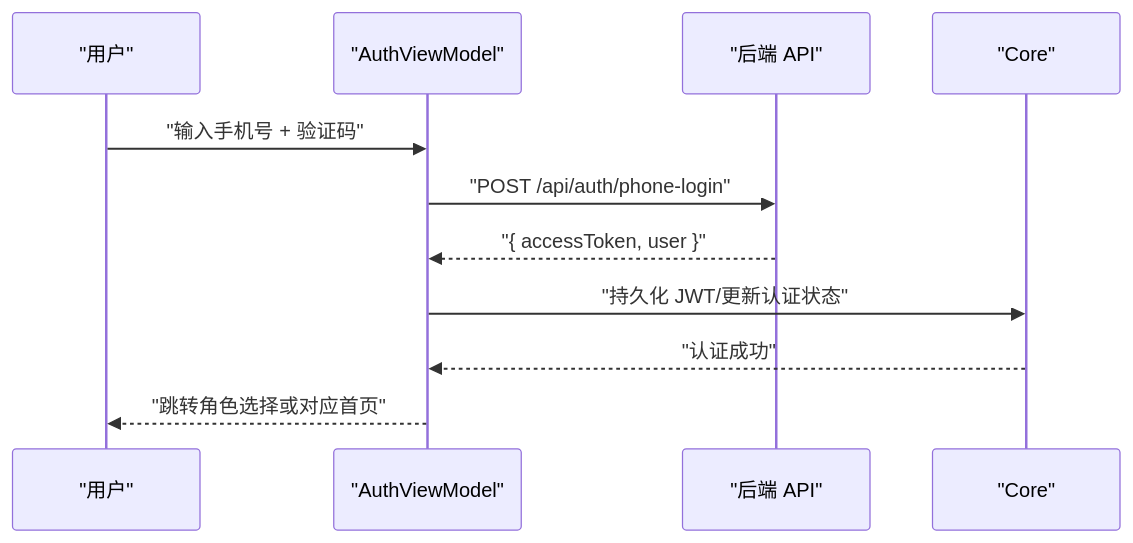
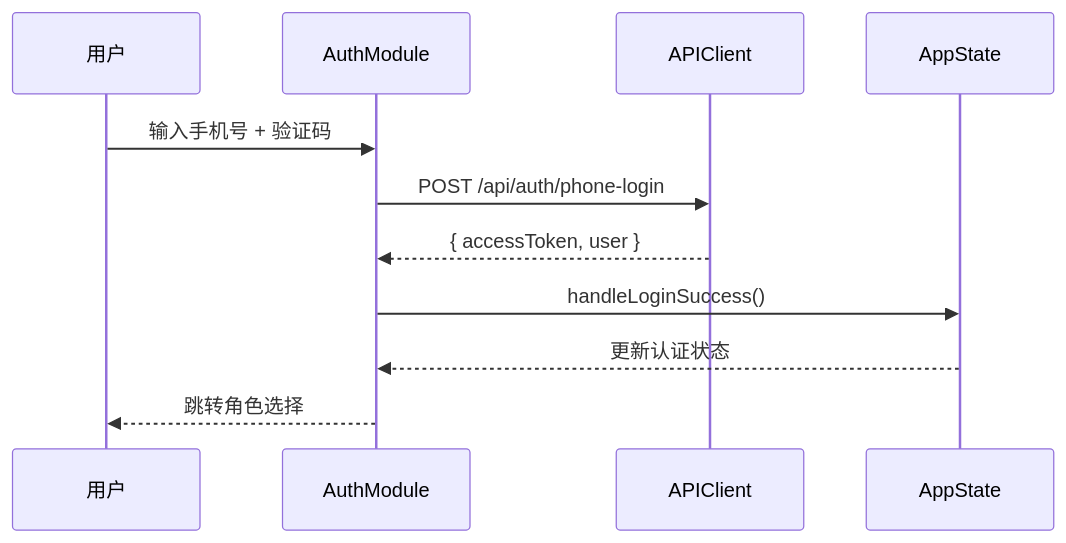
The third of 6 diagrams in .qoder/repowiki/zh/content/架构设计/模块化架构设计/模块化架构设计.md (Jayden23018/blind-run-ios), drawn with Mermaid before and after one commit. The commit also changed other lines of this file and 35 other files, not shown here.

Commit message:
Implement backend auth and role-switch flow

````diff
--- a/.qoder/repowiki/zh/content/架构设计/模块化架构设计/模块化架构设计.md
+++ b/.qoder/repowiki/zh/content/架构设计/模块化架构设计/模块化架构设计.md
@@ -138,13 +168,13 @@
 ```mermaid
 sequenceDiagram
-participant User as "用户"
-participant AuthVM as "AuthViewModel"
-participant API as "后端 API"
-participant Core as "Core"
-User->>AuthVM : "输入手机号 + 验证码"
-AuthVM->>API : "POST /api/auth/phone-login"
-API-->>AuthVM : "{ accessToken, user }"
-AuthVM->>Core : "持久化 JWT/更新认证状态"
-Core-->>AuthVM : "认证成功"
-AuthVM-->>User : "跳转角色选择或对应首页"
+participant User as 用户
+participant AuthModule as AuthModule
+participant APIClient as APIClient
+participant AppState as AppState
+User->>AuthModule : 输入手机号 + 验证码
+AuthModule->>APIClient : POST /api/auth/phone-login
+APIClient-->>AuthModule : { accessToken, user }
+AuthModule->>AppState : handleLoginSuccess()
+AppState-->>AuthModule : 更新认证状态
+AuthModule-->>User : 跳转角色选择
 ```
````
